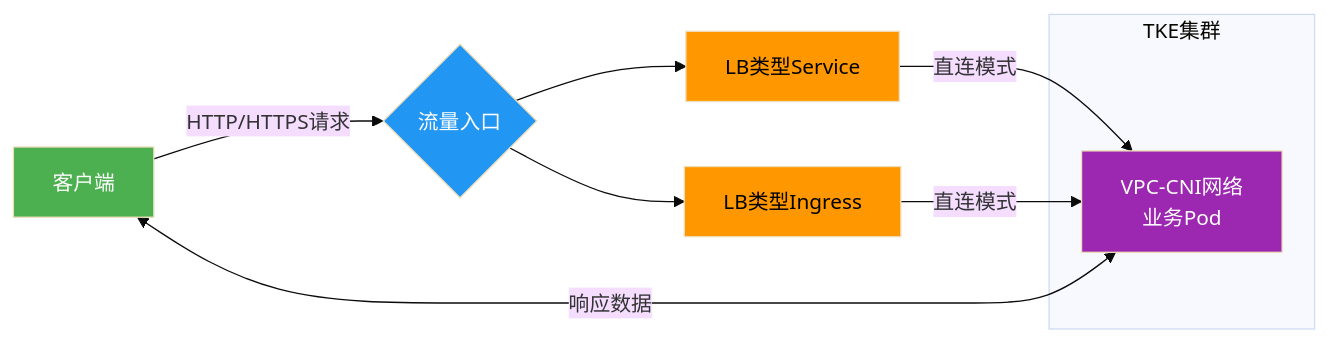
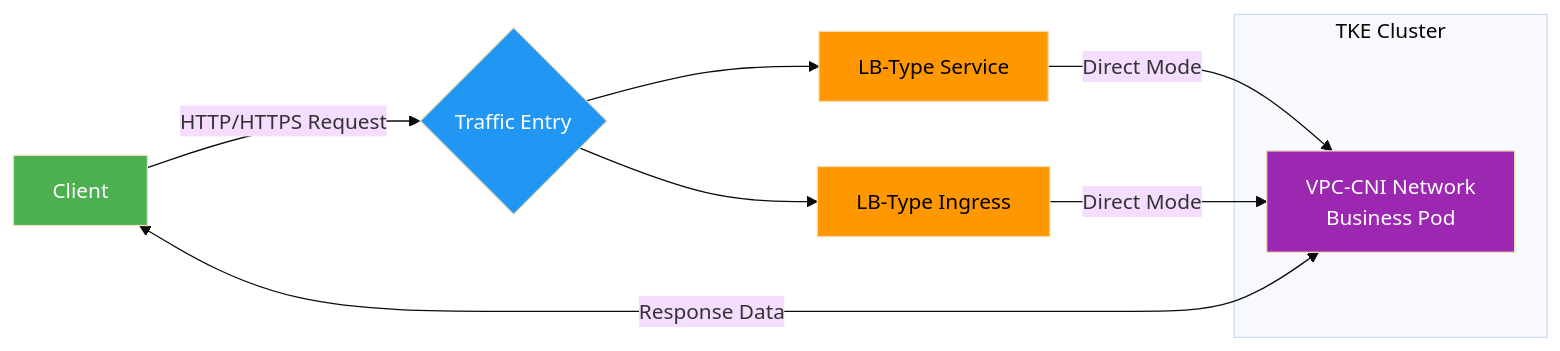
The diagram in client-ip/client-ip-main/eni-clb-direct-pod/README.md (kestrelli/client-ip), drawn with Mermaid (base theme) before and after one commit. The commit also changed other lines of this file, not shown here.

````diff
--- a/client-ip/client-ip-main/eni-clb-direct-pod/README.md
+++ b/client-ip/client-ip-main/eni-clb-direct-pod/README.md
@@ -18,22 +20,17 @@
 ```mermaid
-graph LR
-    
-    A[客户端] -->|HTTP/HTTPS请求| B{流量入口}
-    B --> C[LB类型Service]
-    B --> D[LB类型Ingress]
-    
-    C -->|直连模式| E[业务Pod]
-    D -->|直连模式| E
-    
-    subgraph TKE集群
-        E[VPC-CNI网络<br>业务Pod]
+graph LR    
+    A[Client] -->|HTTP/HTTPS Request| B{Traffic Entry}
+    B --> C[LB-Type Service]
+    B --> D[LB-Type Ingress]
+    C -->|Direct Mode| E[Business Pod]
+    D -->|Direct Mode| E
+    subgraph TKE Cluster
+        E[VPC-CNI Network<br>Business Pod]
     end
-    
-     A <--> |响应数据| E
-    
+    A <--> |Response Data| E
     style A fill:#4CAF50,color:white
     style B fill:#2196F3,color:white
     style C fill:#FF9800,color:black
     style D fill:#FF9800,color:black
     style E fill:#9C27B0,color:white
 ```
````
